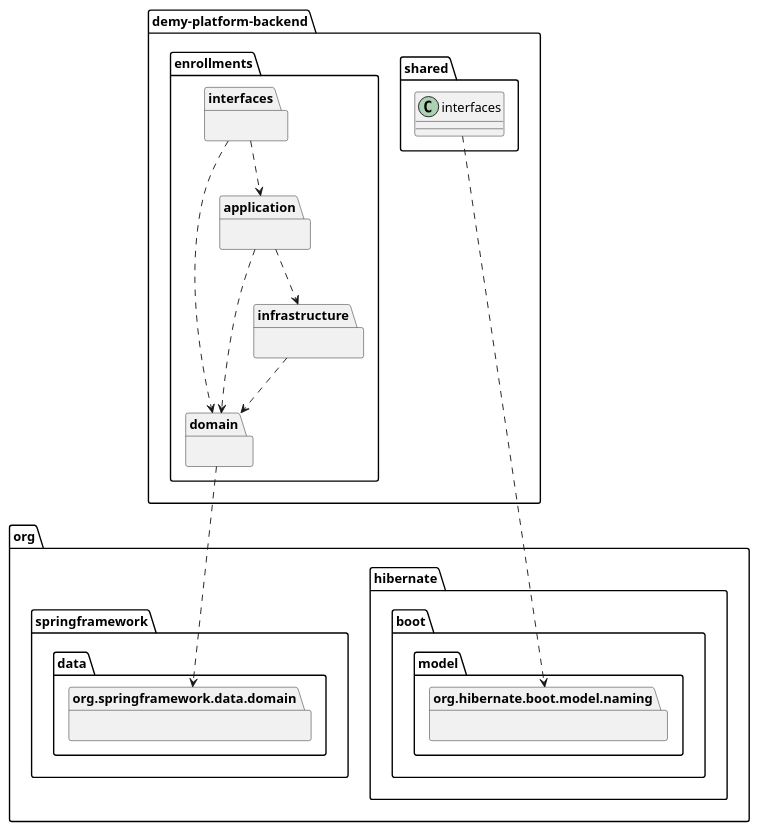
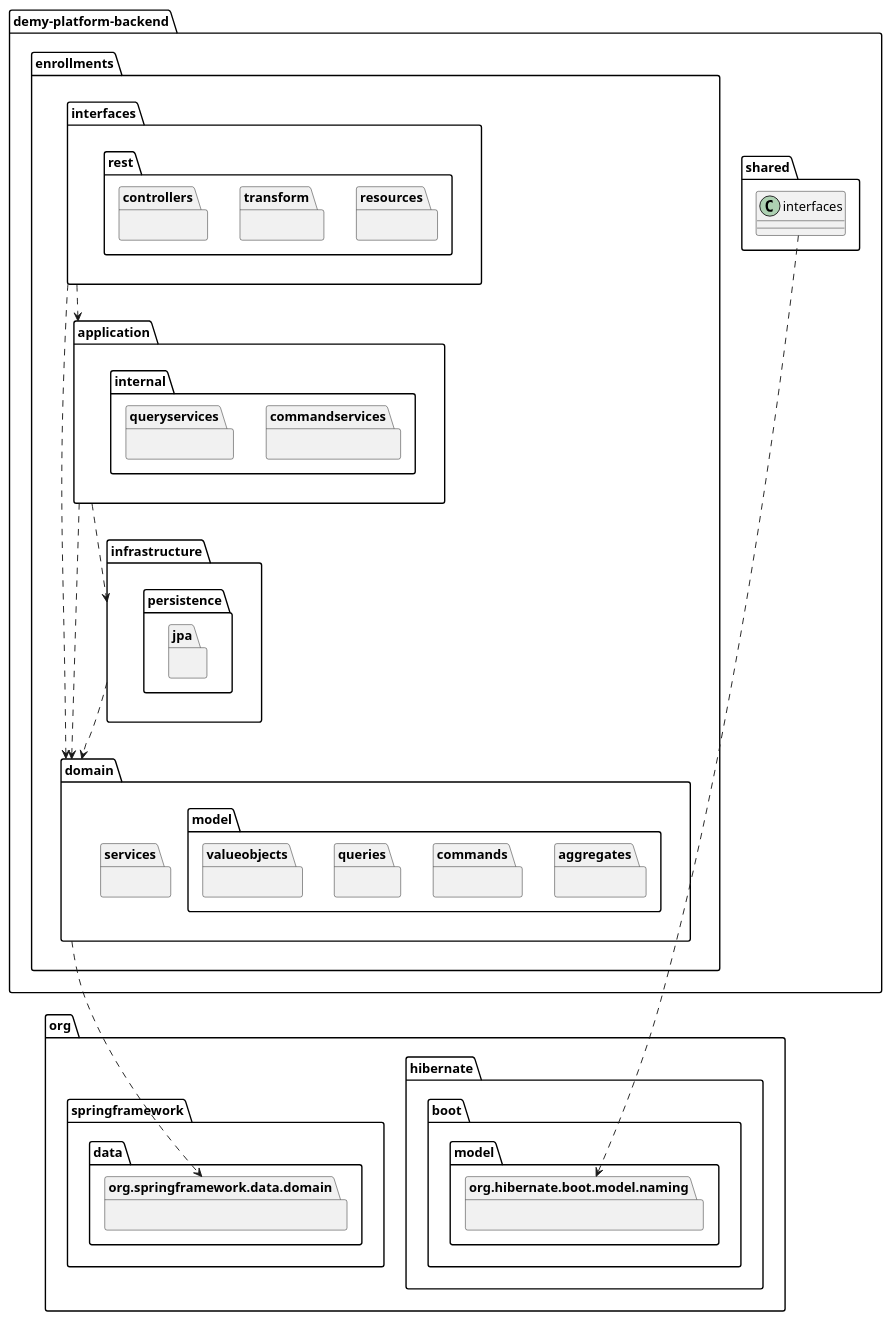
The diagram in docs/package-diagram-enrollment.puml (upc-pre-202510-1asi0729-4304-smartedu/demy-web-service), drawn with PlantUML before and after one commit. The commit also changed 1 other file, not shown here.

Commit message:
docs: update layers and package diagrams for enrollment context

```diff
--- a/docs/package-diagram-enrollment.puml
+++ b/docs/package-diagram-enrollment.puml
@@ -1,27 +1,50 @@
 @startuml
 package demy-platform-backend as demy_platform_backend  {
     package enrollments {
-        package domain {}
-        package infrastructure {}
-        package application {}
-        package interfaces {}
+        package domain {
+            package model {
+                package aggregates {}
+                package commands {}
+                package queries {}
+                package valueobjects {}
+            }
+            package services {}
+        }
+        package infrastructure {
+            package persistence {
+                    package jpa {}
+            }
+        }
+        package application {
+            package internal {
+                package commandservices {}
+                package queryservices {}
+            }
+        }
+        package interfaces {
+            package rest {
+                package resources {}
+                package transform {}
+                package controllers {}
+            }
+        }
     }
 '    package iam {}
 '    package scheduling {}
 '    package billing {}
 '    package attendance {}
 '    package shared {}
 }
 package org.springframework.data.domain {}
 package org.hibernate.boot.model.naming {}
 
 demy_platform_backend.enrollments.domain ..> org.springframework.data.domain
 demy_platform_backend.enrollments.infrastructure ..> demy_platform_backend.enrollments.domain
 demy_platform_backend.enrollments.application ..> demy_platform_backend.enrollments.domain
 demy_platform_backend.enrollments.application ..> demy_platform_backend.enrollments.infrastructure
 demy_platform_backend.enrollments.interfaces ..> demy_platform_backend.enrollments.application
 demy_platform_backend.enrollments.interfaces ..> demy_platform_backend.enrollments.domain
 demy_platform_backend.shared.interfaces ..> org.hibernate.boot.model.naming
 
 
 @enduml
```
